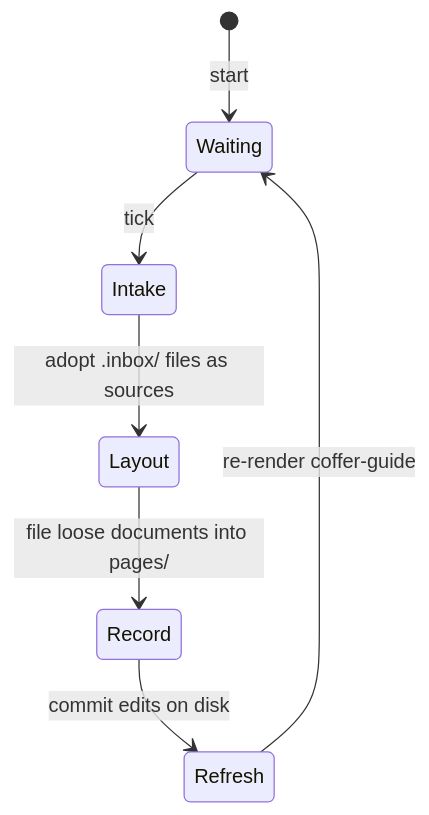
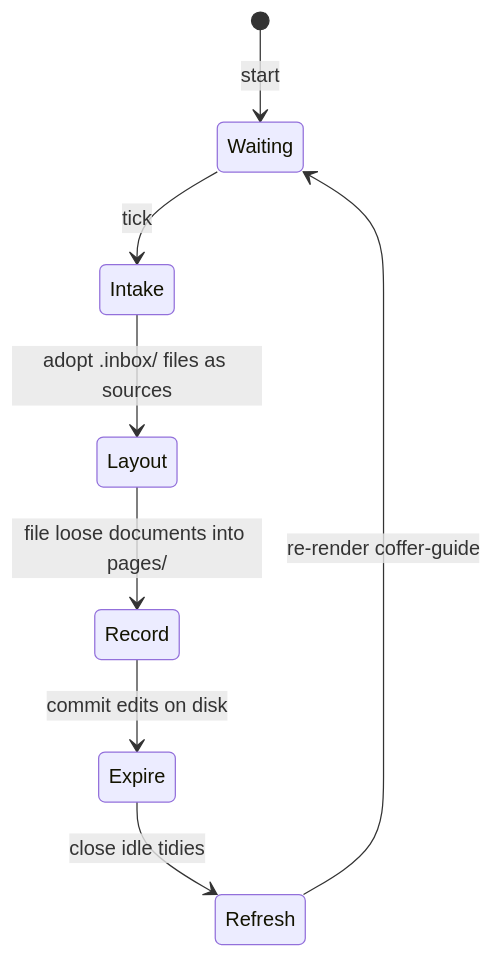
The third of 3 diagrams in docs-site/architecture/knowledge.md (wyx-sg/Coffer), drawn with Mermaid before and after one commit. The commit also changed other lines of this file and 111 other files, not shown here.

````diff
--- a/docs-site/architecture/knowledge.md
+++ b/docs-site/architecture/knowledge.md
@@ -269,9 +307,10 @@
 ```mermaid
 stateDiagram-v2
   [*] --> Waiting: start
   Waiting --> Intake: tick
   Intake --> Layout: adopt .inbox/ files as sources
   Layout --> Record: file loose documents into pages/
-  Record --> Refresh: commit edits on disk
+  Record --> Expire: commit edits on disk
+  Expire --> Refresh: close idle tidies
   Refresh --> Waiting: re-render coffer-guide
 ```
````
